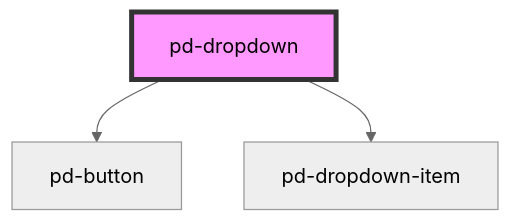
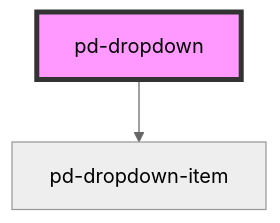
Before and after one commit to Lambda-IT/parlamentsdienste-components: the diagram in src/components/dropdown/readme.md, drawn with Mermaid (neutral theme). The commit also changed other lines of this file and 29 other files, not shown here.

````diff
--- a/src/components/dropdown/readme.md
+++ b/src/components/dropdown/readme.md
@@ -31,6 +30,5 @@
 ```mermaid
 graph TD;
-  pd-dropdown --> pd-button
   pd-dropdown --> pd-dropdown-item
   style pd-dropdown fill:#f9f,stroke:#333,stroke-width:4px
 ```
````
